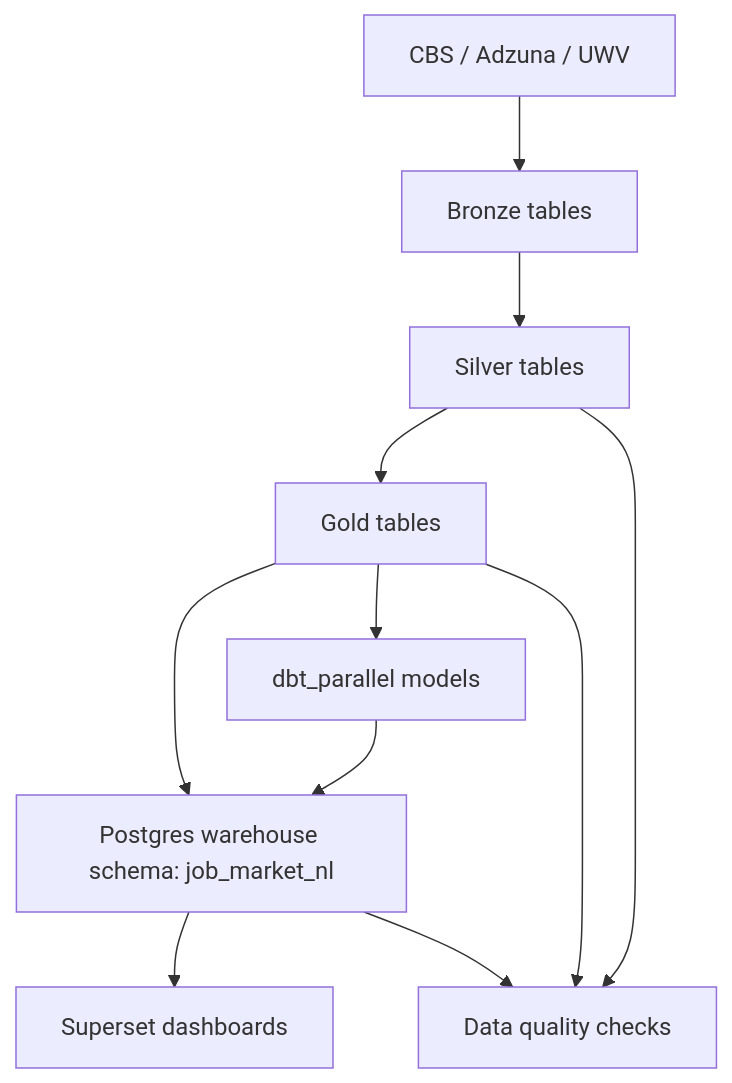
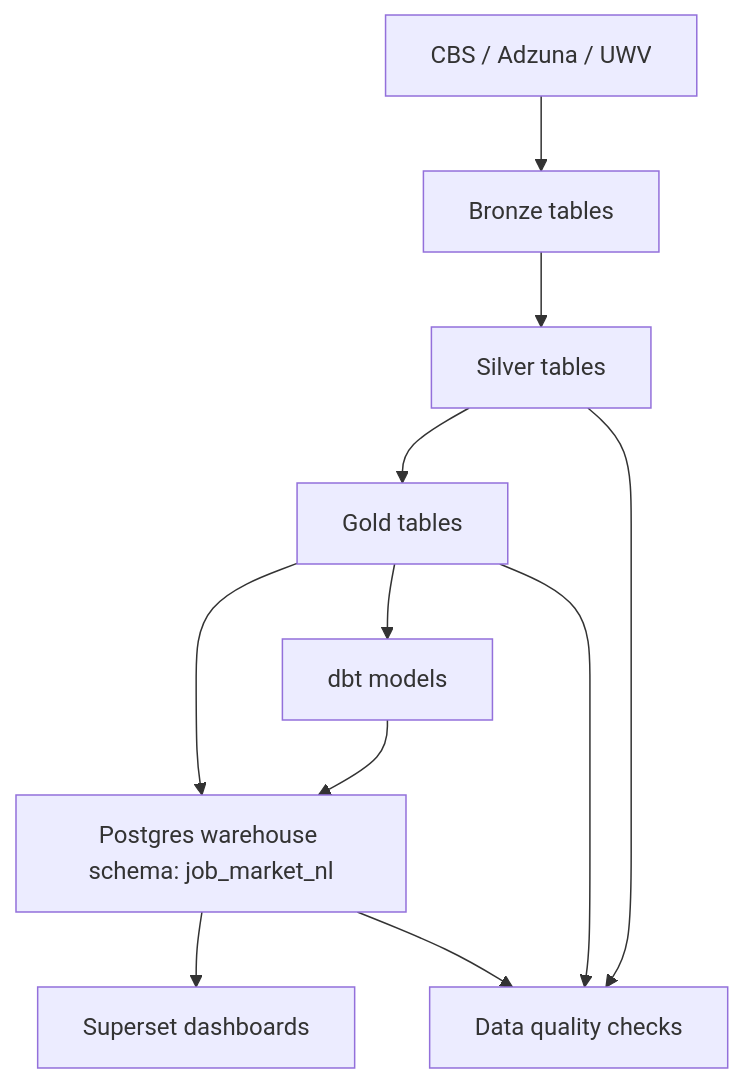
Before and after one commit to fresh-minds/FreshDataPlatform: the second of 3 diagrams in ARCHITECTURE.md, drawn with Mermaid. The commit also changed 87 other files, not shown here.

````diff
--- a/ARCHITECTURE.md
+++ b/ARCHITECTURE.md
@@ -74,15 +74,15 @@
 ```mermaid
 flowchart TD
   A["CBS / Adzuna / UWV"] --> B["Bronze tables"]
   B --> C["Silver tables"]
   C --> D["Gold tables"]
   D --> E["Postgres warehouse schema: job_market_nl"]
   E --> F["Superset dashboards"]
 
-  D --> G["dbt_parallel models"]
+  D --> G["dbt models"]
   G --> E
 
   C --> H["Data quality checks"]
   D --> H
   E --> H
 ```
````
